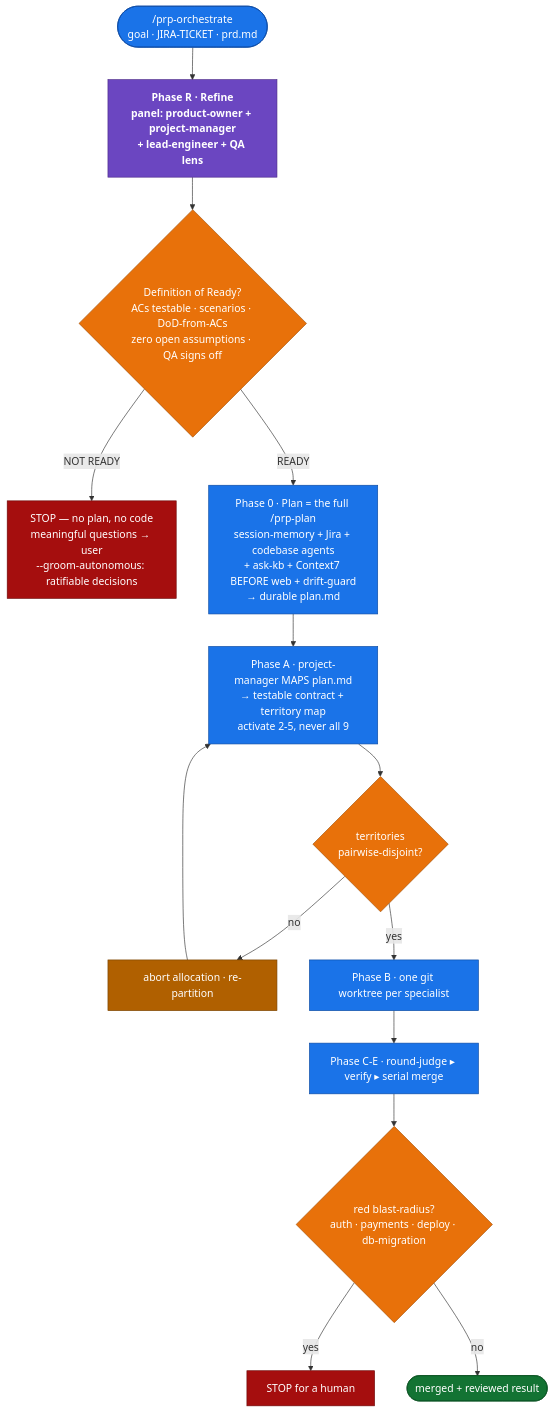
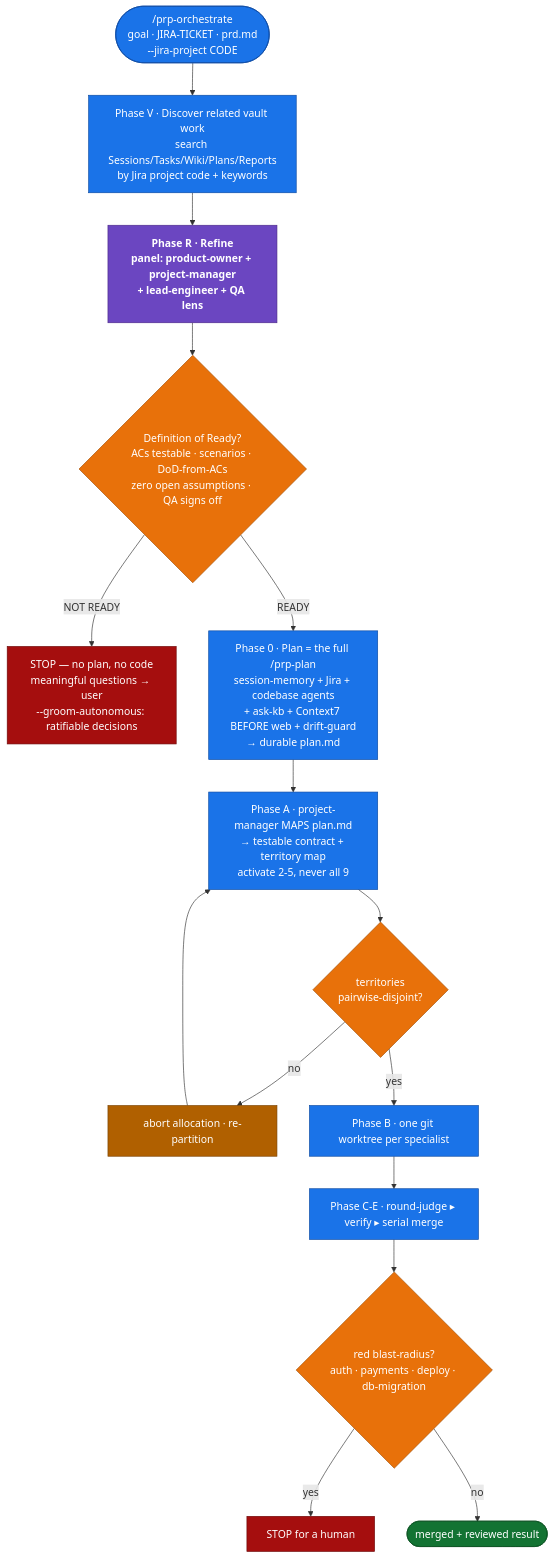
One commit to arturgomes/claude-code-toolkit changed the first of 2 diagrams in plugins/codebase-intelligence/README.md. Above: the diagram before and after it, drawn with Mermaid. The commit also changed other lines of this file and 2 other files, not shown here.

First line of the commit message:
feat(codebase-intelligence): prp-orchestrate --jira-project + related vault-task discovery

````diff
--- a/plugins/codebase-intelligence/README.md
+++ b/plugins/codebase-intelligence/README.md
@@ -137,23 +137,24 @@
 ```mermaid
 flowchart TD
-    IN([/prp-orchestrate<br/>goal · JIRA-TICKET · prd.md]):::start --> R[Phase R · Refine<br/>panel: product-owner + project-manager<br/>+ lead-engineer + QA lens]:::refine
+    IN([/prp-orchestrate<br/>goal · JIRA-TICKET · prd.md<br/>--jira-project CODE]):::start --> V[Phase V · Discover related vault work<br/>search Sessions/Tasks/Wiki/Plans/Reports<br/>by Jira project code + keywords]:::gate
+    V --> R[Phase R · Refine<br/>panel: product-owner + project-manager<br/>+ lead-engineer + QA lens]:::refine
     R --> DOR{Definition of Ready?<br/>ACs testable · scenarios · DoD-from-ACs<br/>zero open assumptions · QA signs off}:::decide
     DOR -->|NOT READY| STOP[STOP — no plan, no code<br/>meaningful questions → user<br/>--groom-autonomous: ratifiable decisions]:::bad
     DOR -->|READY| P[Phase 0 · Plan = the full /prp-plan<br/>session-memory + Jira + codebase agents<br/>+ ask-kb + Context7 BEFORE web + drift-guard<br/>→ durable plan.md]:::gate
     P --> PM[Phase A · project-manager MAPS plan.md<br/>→ testable contract + territory map<br/>activate 2-5, never all 9]:::gate
     PM --> TERR{territories<br/>pairwise-disjoint?}:::decide
     TERR -->|no| ABORT[abort allocation · re-partition]:::warn
     ABORT --> PM
     TERR -->|yes| WT[Phase B · one git worktree per specialist]:::gate
     WT --> RJ[Phase C-E · round-judge ▸ verify ▸ serial merge]:::gate
     RJ --> RED{red blast-radius?<br/>auth · payments · deploy · db-migration}:::decide
     RED -->|yes| HUMAN[STOP for a human]:::bad
     RED -->|no| DONE([merged + reviewed result]):::done
     classDef start fill:#1a73e8,stroke:#0b4aa2,color:#fff
     classDef refine fill:#6b46c1,stroke:#4c2889,color:#fff,font-weight:bold
     classDef gate fill:#1a73e8,stroke:#0b4aa2,color:#fff
     classDef decide fill:#e8710a,stroke:#a4530a,color:#fff
     classDef done fill:#137333,stroke:#0b5323,color:#fff
     classDef warn fill:#b06000,stroke:#7a4200,color:#fff
     classDef bad fill:#a50e0e,stroke:#6e0909,color:#fff
 ```
````
